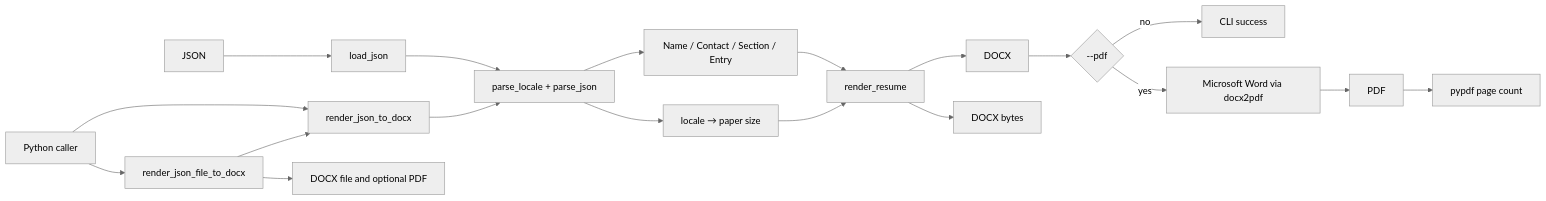
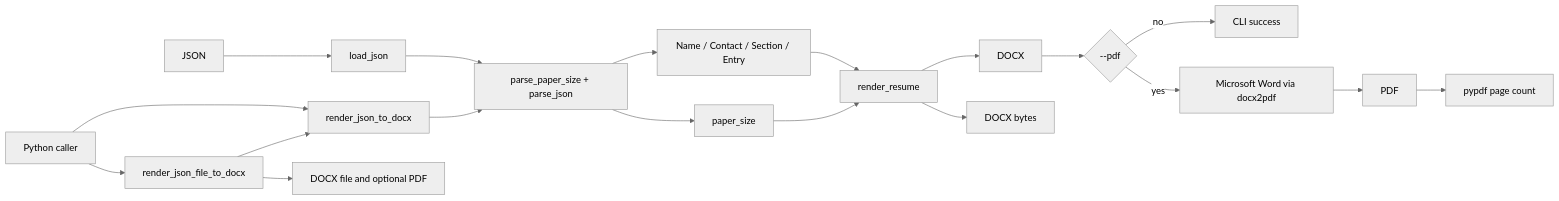
Before and after one commit to Eric-Zhou-0302/JSON-Resume: the diagram in docs/ARCHITECTURE.md, drawn with Mermaid (neutral theme). The commit also changed other lines of this file and 22 other files, not shown here.

Commit message:
feat: simplify paper-size JSON contract

````diff
--- a/docs/ARCHITECTURE.md
+++ b/docs/ARCHITECTURE.md
@@ -15,23 +15,23 @@
 ```mermaid
 flowchart LR
     A[JSON] --> B[load_json]
-    B --> C[parse_locale + parse_json]
+    B --> C[parse_paper_size + parse_json]
     C --> D[Name / Contact / Section / Entry]
-    C --> E[locale → paper size]
+    C --> E[paper_size]
     D --> F[render_resume]
     E --> F
     F --> G[DOCX]
     G --> H{--pdf}
     H -- no --> I[CLI success]
     H -- yes --> J[Microsoft Word via docx2pdf]
     J --> K[PDF]
     K --> L[pypdf page count]
 
     M[Python caller] --> N[render_json_to_docx]
     N --> C
     F --> O[DOCX bytes]
 
     M --> P[render_json_file_to_docx]
     P --> N
     P --> Q[DOCX file and optional PDF]
 ```
````
